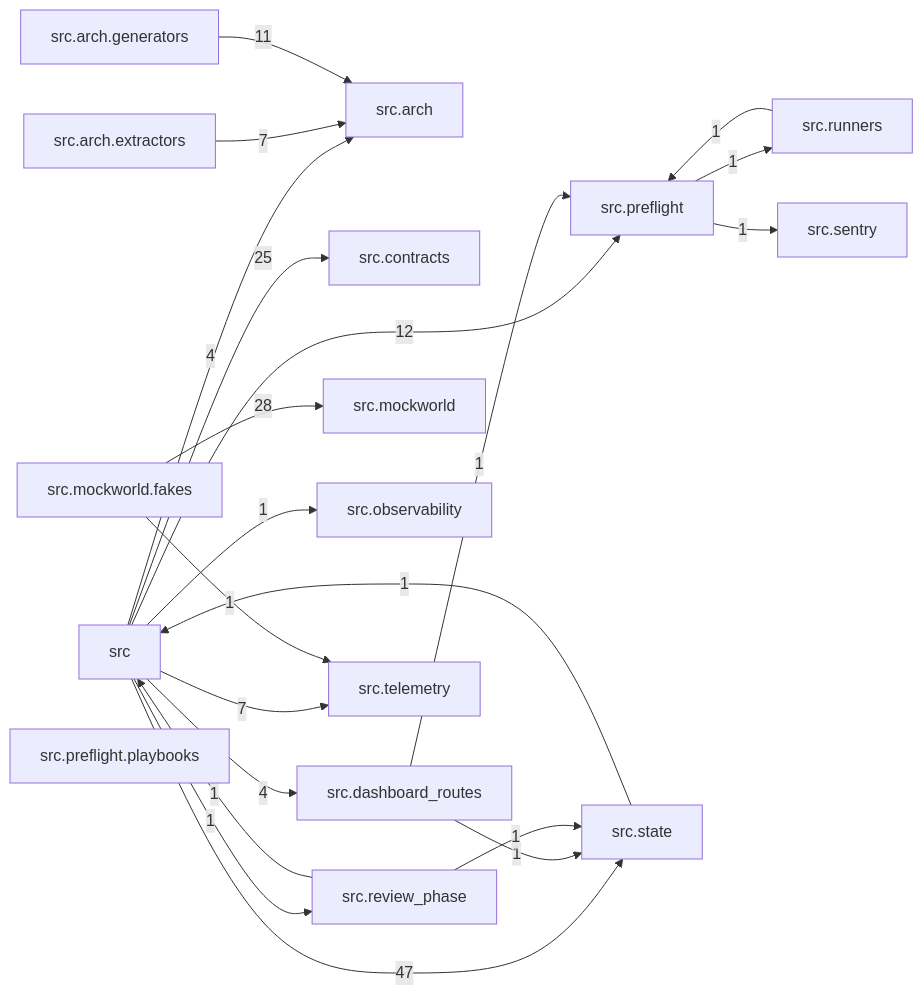
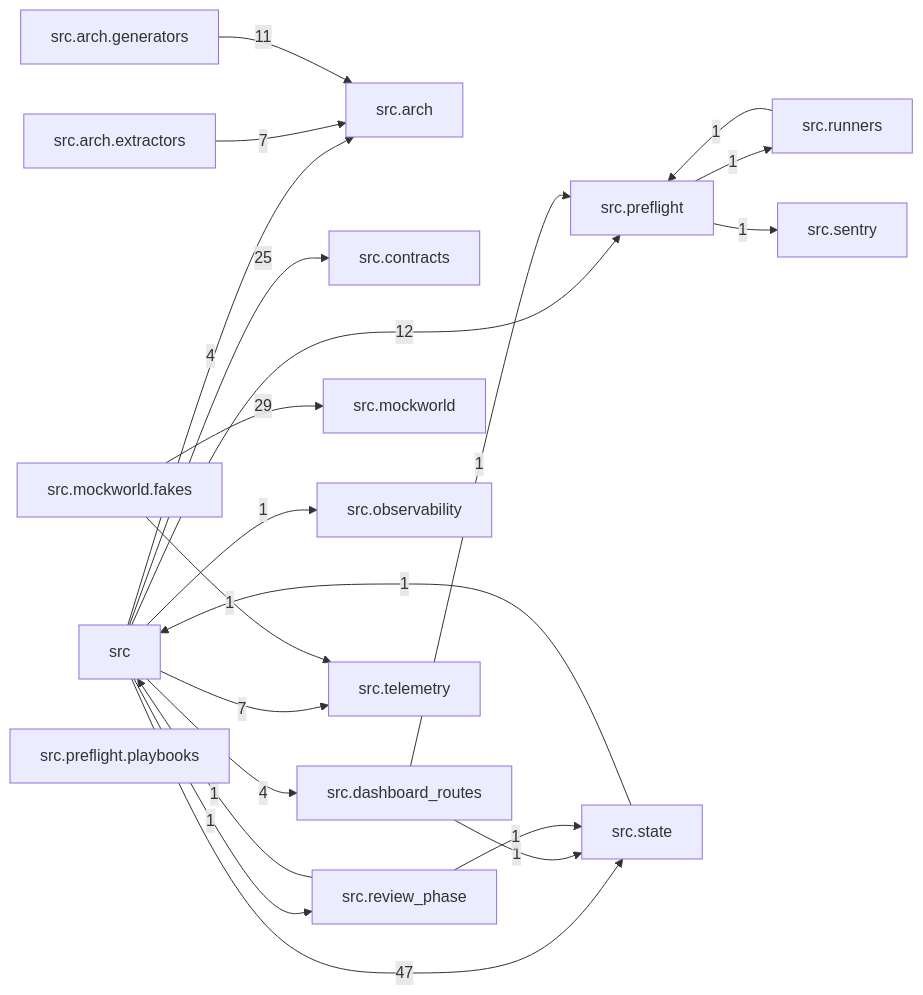
Before and after one commit to T-rav/hydraflow: the diagram in docs/arch/generated/modules.md, drawn with Mermaid. The commit also changed other lines of this file and 14 other files, not shown here.

````diff
--- a/docs/arch/generated/modules.md
+++ b/docs/arch/generated/modules.md
@@ -7,39 +7,39 @@
 ```mermaid
 graph LR
     src["src"]
     src_arch["src.arch"]
     src_arch_extractors["src.arch.extractors"]
     src_arch_generators["src.arch.generators"]
     src_contracts["src.contracts"]
     src_dashboard_routes["src.dashboard_routes"]
     src_mockworld["src.mockworld"]
     src_mockworld_fakes["src.mockworld.fakes"]
     src_observability["src.observability"]
     src_preflight["src.preflight"]
     src_preflight_playbooks["src.preflight.playbooks"]
     src_review_phase["src.review_phase"]
     src_runners["src.runners"]
     src_sentry["src.sentry"]
     src_state["src.state"]
     src_telemetry["src.telemetry"]
     src -- "4" --> src_arch
     src -- "25" --> src_contracts
     src -- "4" --> src_dashboard_routes
     src -- "1" --> src_observability
     src -- "12" --> src_preflight
     src -- "1" --> src_review_phase
     src -- "47" --> src_state
     src -- "7" --> src_telemetry
     src_arch_extractors -- "7" --> src_arch
     src_arch_generators -- "11" --> src_arch
     src_dashboard_routes -- "1" --> src_preflight
     src_dashboard_routes -- "1" --> src_state
-    src_mockworld_fakes -- "28" --> src_mockworld
+    src_mockworld_fakes -- "29" --> src_mockworld
     src_mockworld_fakes -- "1" --> src_telemetry
     src_preflight -- "1" --> src_runners
     src_preflight -- "1" --> src_sentry
     src_review_phase -- "1" --> src
     src_review_phase -- "1" --> src_state
     src_runners -- "1" --> src_preflight
     src_state -- "1" --> src
 ```
````
